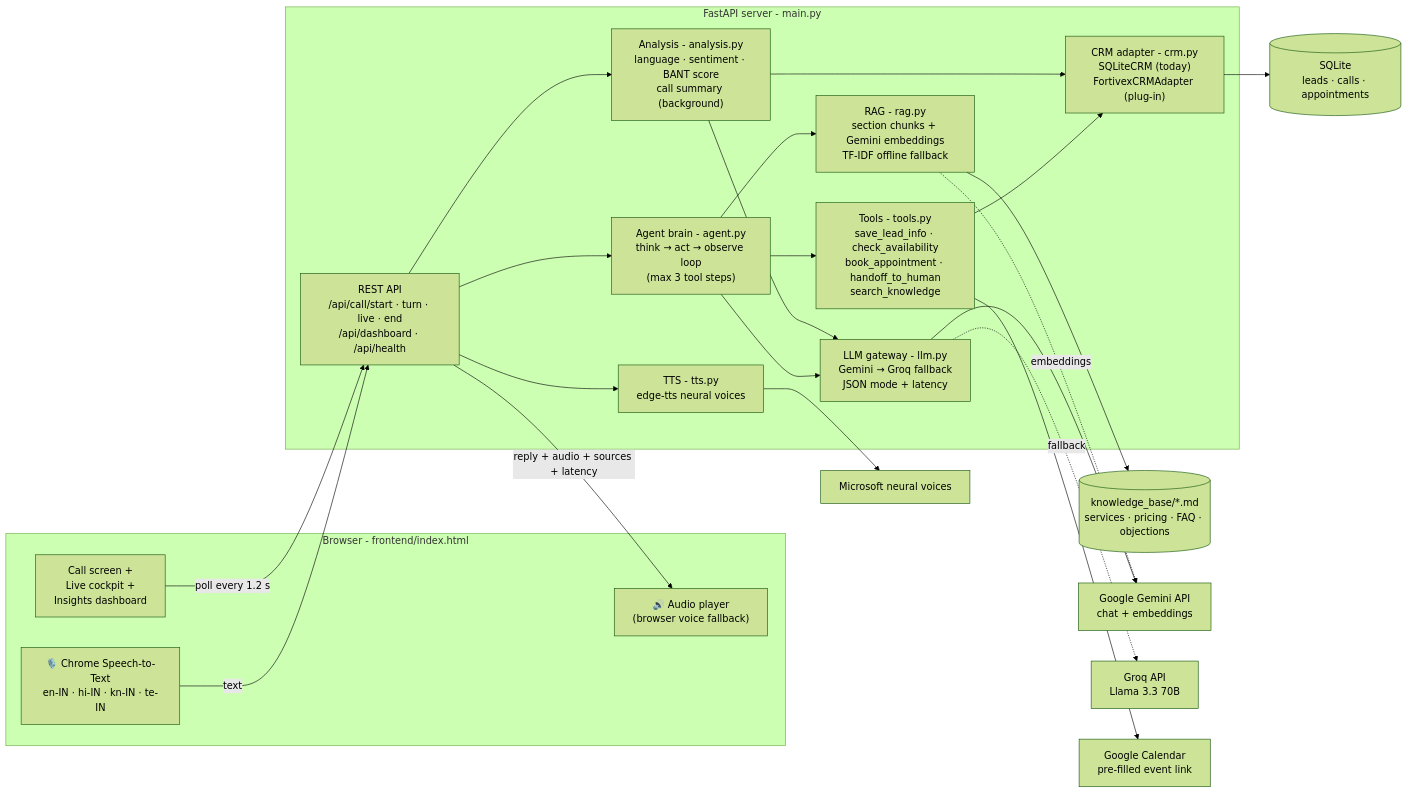
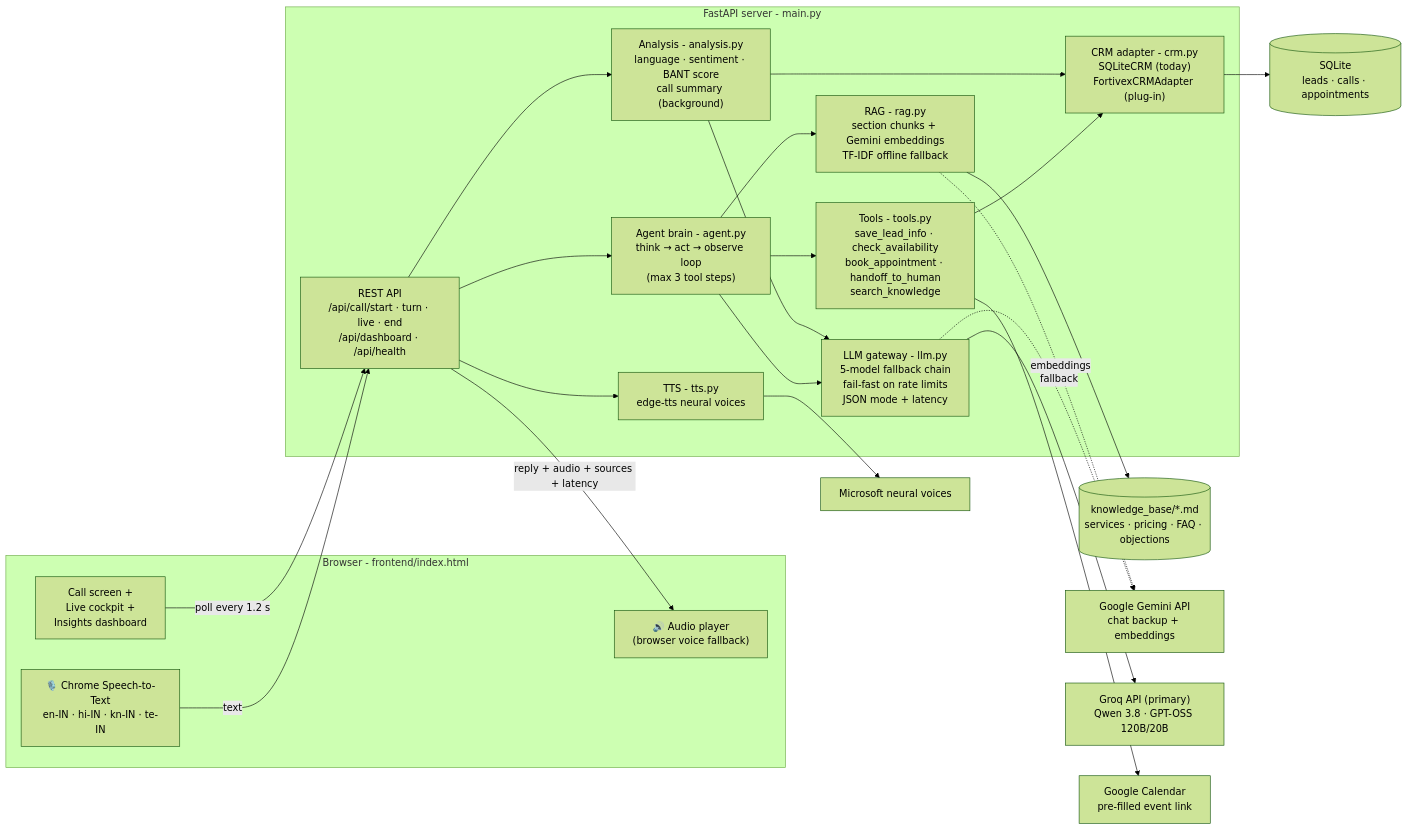
The first of 3 diagrams in docs/ARCHITECTURE.md (Nihar335/aria-voice-agent), drawn with Mermaid (forest theme) before and after one commit. The commit also changed other lines of this file and 12 other files, not shown here.

````diff
--- a/docs/ARCHITECTURE.md
+++ b/docs/ARCHITECTURE.md
@@ -5,46 +5,46 @@
 ```mermaid
 flowchart LR
     subgraph Browser["Browser - frontend/index.html"]
         MIC["🎙️ Chrome Speech-to-Text<br/>en-IN · hi-IN · kn-IN · te-IN"]
         UI["Call screen +<br/>Live cockpit +<br/>Insights dashboard"]
         SPK["🔊 Audio player<br/>(browser voice fallback)"]
     end
 
     subgraph Server["FastAPI server - main.py"]
         API["REST API<br/>/api/call/start · turn · live · end<br/>/api/dashboard · /api/health"]
         AGENT["Agent brain - agent.py<br/>think → act → observe loop<br/>(max 3 tool steps)"]
         RAG["RAG - rag.py<br/>section chunks + Gemini embeddings<br/>TF-IDF offline fallback"]
         TOOLS["Tools - tools.py<br/>save_lead_info · check_availability<br/>book_appointment · handoff_to_human<br/>search_knowledge"]
         ANALYSIS["Analysis - analysis.py<br/>language · sentiment · BANT score<br/>call summary (background)"]
         TTS["TTS - tts.py<br/>edge-tts neural voices"]
-        LLM["LLM gateway - llm.py<br/>Gemini → Groq fallback<br/>JSON mode + latency"]
+        LLM["LLM gateway - llm.py<br/>5-model fallback chain<br/>fail-fast on rate limits<br/>JSON mode + latency"]
         CRM["CRM adapter - crm.py<br/>SQLiteCRM (today)<br/>FortivexCRMAdapter (plug-in)"]
     end
 
     KB[("knowledge_base/*.md<br/>services · pricing · FAQ · objections")]
     DB[("SQLite<br/>leads · calls · appointments")]
-    GEM["Google Gemini API<br/>chat + embeddings"]
-    GROQ["Groq API<br/>Llama 3.3 70B"]
+    GEM["Google Gemini API<br/>chat backup + embeddings"]
+    GROQ["Groq API (primary)<br/>Qwen 3.8 · GPT-OSS 120B/20B"]
     MSV["Microsoft neural voices"]
     GCAL["Google Calendar<br/>pre-filled event link"]
 
     MIC -->|text| API
     API --> AGENT
     AGENT --> RAG
     RAG --> KB
     AGENT --> TOOLS
     TOOLS --> CRM
     TOOLS --> GCAL
     AGENT --> LLM
     ANALYSIS --> LLM
-    LLM --> GEM
-    LLM -.->|fallback| GROQ
+    LLM --> GROQ
+    LLM -.->|fallback| GEM
     RAG -.->|embeddings| GEM
     API --> TTS
     TTS --> MSV
     API -->|reply + audio + sources + latency| SPK
     API --> ANALYSIS
     ANALYSIS --> CRM
     CRM --> DB
     UI -->|poll every 1.2 s| API
 ```
````
